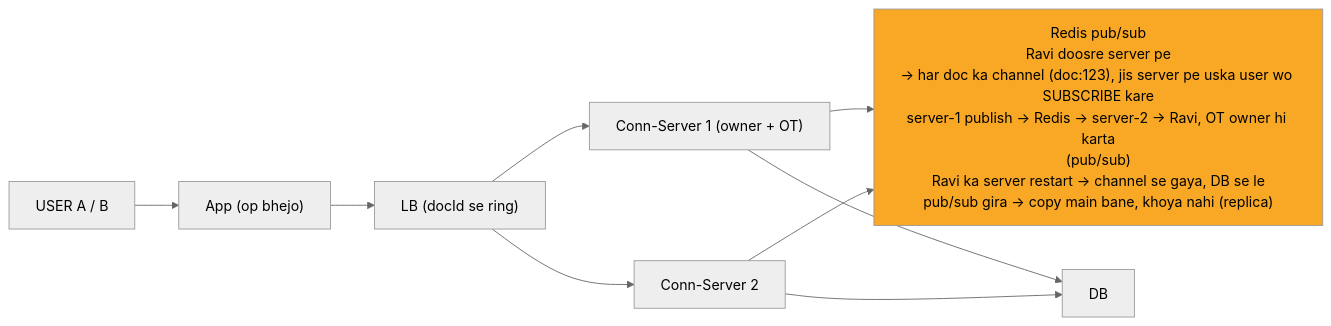
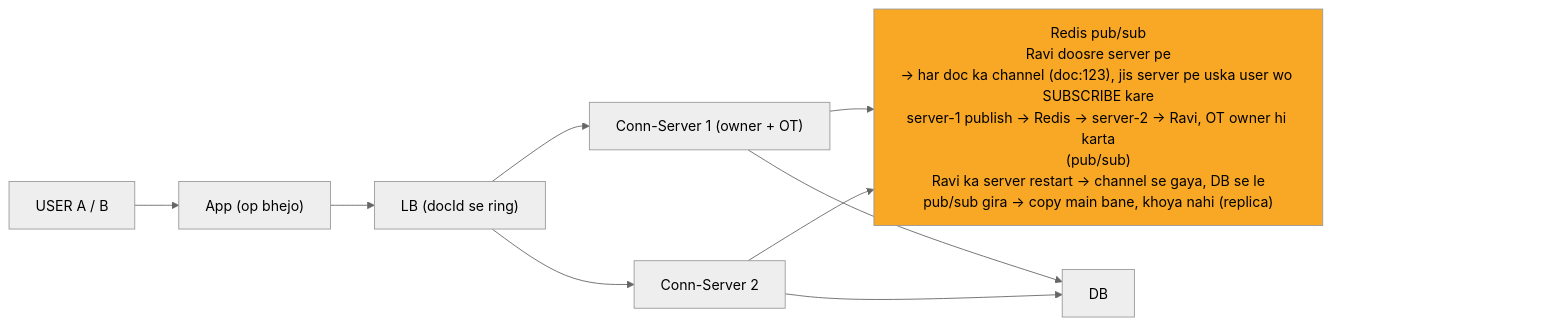
The sixth of 10 diagrams in 04_HLD/SYSTEM_DESIGNS/11_google_docs_collab/11_google_docs_collab.md (ArpanMaheshwari144/Prep), drawn with Mermaid (neutral theme) before and after one commit. The commit also changed other lines of this file and 13 other files, not shown here.

Commit message:
hld 14 file: har diagram ke daayein andekha dabba, zoom button asli dabbe pe na aaye

````diff
--- a/04_HLD/SYSTEM_DESIGNS/11_google_docs_collab/11_google_docs_collab.md
+++ b/04_HLD/SYSTEM_DESIGNS/11_google_docs_collab/11_google_docs_collab.md
@@ -219,20 +234,23 @@
 ```mermaid
 %%{init: {"flowchart": {"wrappingWidth": 450}}}%%
 flowchart LR
     n_USER["USER A / B"]
     n_App["App (op bhejo)"]
     n_LB["LB (docId se ring)"]
     n_CS1["Conn-Server 1 (owner + OT)"]
     n_CS2["Conn-Server 2"]
     n_PS["Redis pub/sub<br/>Ravi doosre server pe<br/>-> har doc ka channel (doc:123), jis server pe uska user wo SUBSCRIBE kare<br/>server-1 publish -> Redis -> server-2 -> Ravi, OT owner hi karta<br/>(pub/sub)<br/>Ravi ka server restart -> channel se gaya, DB se le<br/>pub/sub gira -> copy main bane, khoya nahi (replica)"]
     n_DB["DB"]
     n_USER --> n_App
     n_App --> n_LB
     n_LB --> n_CS1
     n_LB --> n_CS2
     n_CS1 --> n_PS
     n_CS2 --> n_PS
     n_CS1 --> n_DB
     n_CS2 --> n_DB
+    n_pad["xxxxxxxxxxxxxxxx"]
+    n_PS ~~~ n_pad
     style n_PS fill:#f9a825,color:#000
+    style n_pad fill:none,stroke:none,color:#ffffff00
 ```
````
